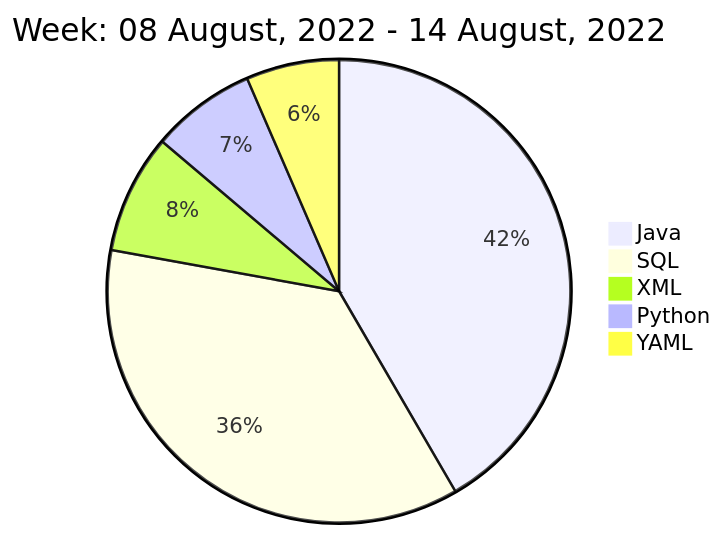
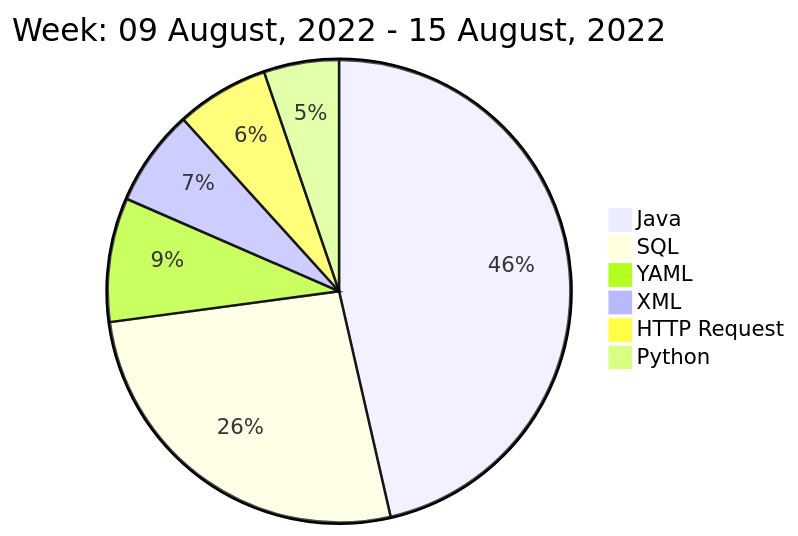
The diagram in README.md (liubin95/liubin95), drawn with Mermaid before and after one commit.

Commit message:
Updated the Graph with new Metrics

````diff
--- a/README.md
+++ b/README.md
@@ -40,9 +40,10 @@
 ```mermaid
  pie
-title Week: 08 August, 2022 - 14 August, 2022
- "Java" : 7.5
- "SQL" : 6.53
- "XML" : 1.5
- "Python" : 1.32
- "YAML" : 1.17
+title Week: 09 August, 2022 - 15 August, 2022
+ "Java" : 10.18
+ "SQL" : 5.8
+ "YAML" : 1.9
+ "XML" : 1.48
+ "HTTP Request" : 1.42
+ "Python" : 1.15
 ```
````
